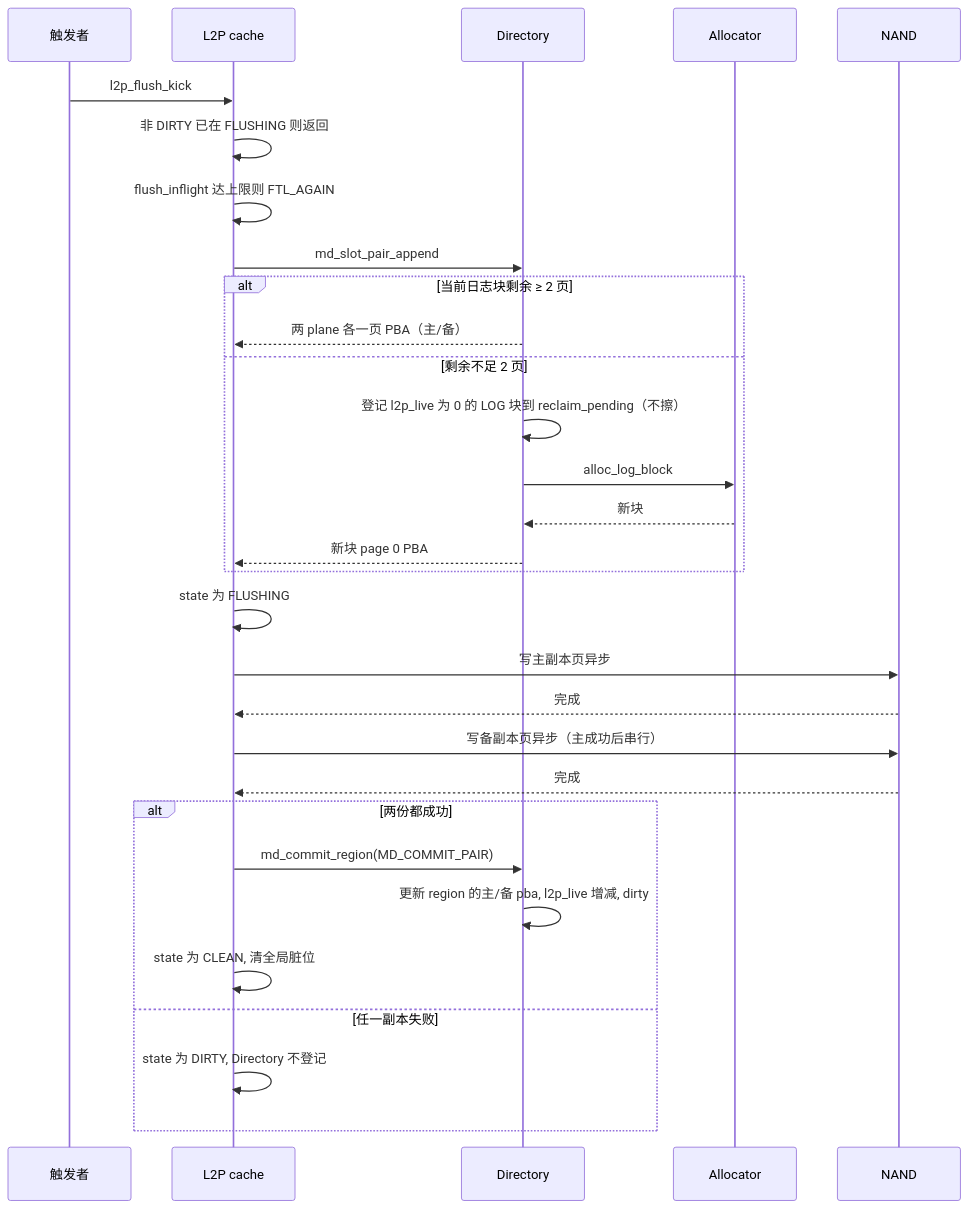
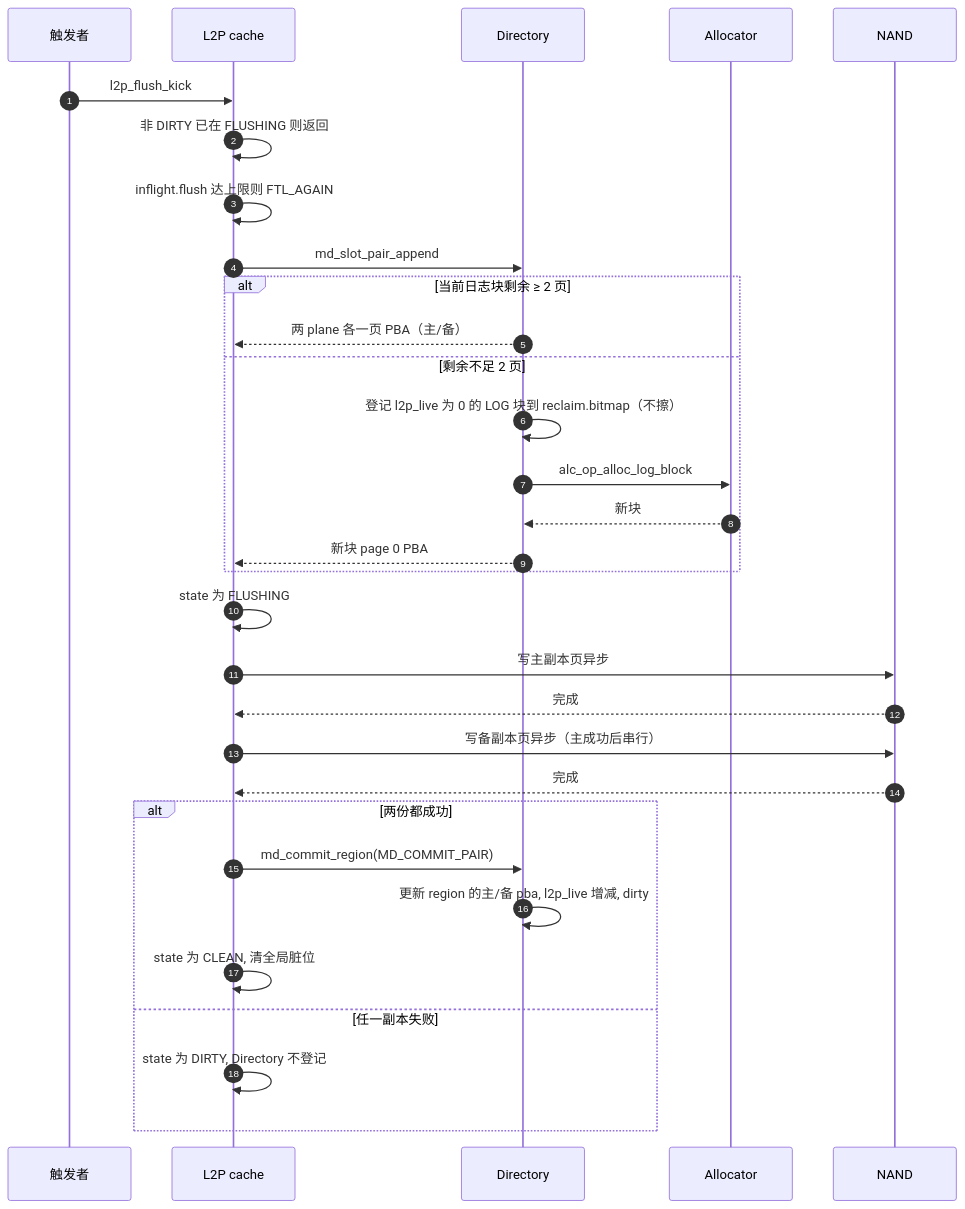
One commit to YzYMIAO/BASESSD changed diagram 46 of 50 in docs/design/ftl_design.md. Above: the diagram before and after it, drawn with Mermaid. The commit also changed other lines of this file and 42 other files, not shown here.

````diff
--- a/docs/design/ftl_design.md
+++ b/docs/design/ftl_design.md
@@ -4671,33 +5007,34 @@
 ```mermaid
 sequenceDiagram
  participant S as 触发者
+    autonumber
  participant C as L2P cache
  participant D as Directory
  participant A as Allocator
  participant N as NAND
 
  S->>C: l2p_flush_kick
  C->>C: 非 DIRTY 已在 FLUSHING 则返回
- C->>C: flush_inflight 达上限则 FTL_AGAIN
+ C->>C: inflight.flush 达上限则 FTL_AGAIN
  C->>D: md_slot_pair_append
  alt 当前日志块剩余 ≥ 2 页
   D-->>C: 两 plane 各一页 PBA（主/备）
  else 剩余不足 2 页
-  D->>D: 登记 l2p_live 为 0 的 LOG 块到 reclaim_pending（不擦）
-  D->>A: alloc_log_block
+  D->>D: 登记 l2p_live 为 0 的 LOG 块到 reclaim.bitmap（不擦）
+  D->>A: alc_op_alloc_log_block
   A-->>D: 新块
   D-->>C: 新块 page 0 PBA
  end
  C->>C: state 为 FLUSHING
  C->>N: 写主副本页异步
  N-->>C: 完成
  C->>N: 写备副本页异步（主成功后串行）
  N-->>C: 完成
  alt 两份都成功
   C->>D: md_commit_region(MD_COMMIT_PAIR)
   D->>D: 更新 region 的主/备 pba, l2p_live 增减, dirty
   C->>C: state 为 CLEAN, 清全局脏位
  else 任一副本失败
   C->>C: state 为 DIRTY, Directory 不登记
  end
 ```
````
